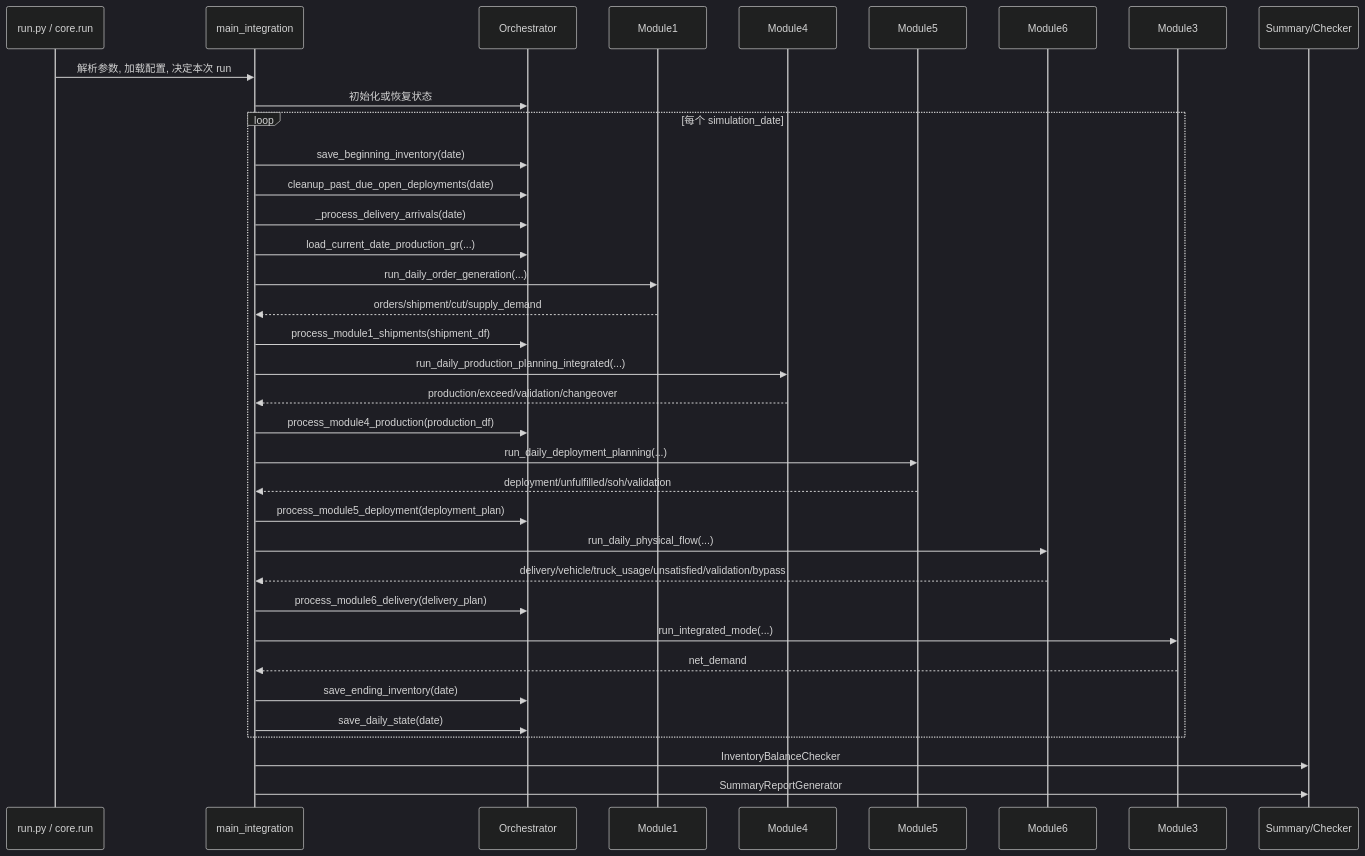
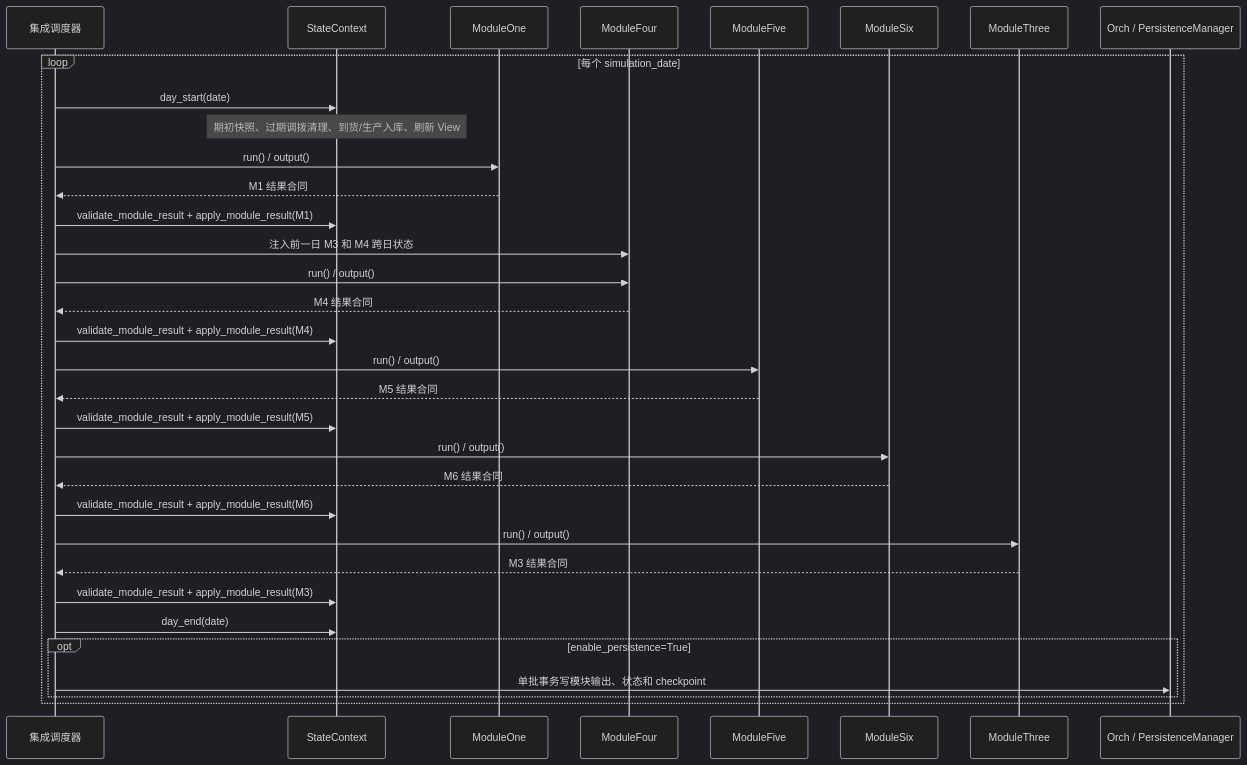
One commit to senzhang-ps/chainsight changed the second of 9 diagrams in docs/architecture/module_sequence_diagrams.md. Above: the diagram before and after it, drawn with Mermaid (dark theme). The commit also changed other lines of this file and 14 other files, not shown here.

````diff
--- a/docs/architecture/module_sequence_diagrams.md
+++ b/docs/architecture/module_sequence_diagrams.md
@@ -42,47 +73,42 @@
 ```mermaid
 sequenceDiagram
-    participant CLI as run.py / core.run
-    participant MAIN as main_integration
-    participant ORC as Orchestrator
-    participant M1 as Module1
-    participant M4 as Module4
-    participant M5 as Module5
-    participant M6 as Module6
-    participant M3 as Module3
-    participant SUM as Summary/Checker
-
-    CLI->>MAIN: 解析参数, 加载配置, 决定本次 run
-    MAIN->>ORC: 初始化或恢复状态
+    participant I as 集成调度器
+    participant S as StateContext
+    participant M1 as ModuleOne
+    participant M4 as ModuleFour
+    participant M5 as ModuleFive
+    participant M6 as ModuleSix
+    participant M3 as ModuleThree
+    participant O as Orch / PersistenceManager
 
     loop 每个 simulation_date
-        MAIN->>ORC: save_beginning_inventory(date)
-        MAIN->>ORC: cleanup_past_due_open_deployments(date)
-        MAIN->>ORC: _process_delivery_arrivals(date)
-        MAIN->>ORC: load_current_date_production_gr(...)
+        I->>S: day_start(date)
+        Note over S: 期初快照、过期调拨清理、到货/生产入库、刷新 View
 
-        MAIN->>M1: run_daily_order_generation(...)
-        M1-->>MAIN: orders/shipment/cut/supply_demand
-        MAIN->>ORC: process_module1_shipments(shipment_df)
+        I->>M1: run() / output()
+        M1-->>I: M1 结果合同
+        I->>S: validate_module_result + apply_module_result(M1)
 
-        MAIN->>M4: run_daily_production_planning_integrated(...)
-        M4-->>MAIN: production/exceed/validation/changeover
-        MAIN->>ORC: process_module4_production(production_df)
+        I->>M4: 注入前一日 M3 和 M4 跨日状态
+        I->>M4: run() / output()
+        M4-->>I: M4 结果合同
+        I->>S: validate_module_result + apply_module_result(M4)
 
-        MAIN->>M5: run_daily_deployment_planning(...)
-        M5-->>MAIN: deployment/unfulfilled/soh/validation
-        MAIN->>ORC: process_module5_deployment(deployment_plan)
+        I->>M5: run() / output()
+        M5-->>I: M5 结果合同
+        I->>S: validate_module_result + apply_module_result(M5)
 
-        MAIN->>M6: run_daily_physical_flow(...)
-        M6-->>MAIN: delivery/vehicle/truck_usage/unsatisfied/validation/bypass
-        MAIN->>ORC: process_module6_delivery(delivery_plan)
+        I->>M6: run() / output()
+        M6-->>I: M6 结果合同
+        I->>S: validate_module_result + apply_module_result(M6)
 
-        MAIN->>M3: run_integrated_mode(...)
-        M3-->>MAIN: net_demand
+        I->>M3: run() / output()
+        M3-->>I: M3 结果合同
+        I->>S: validate_module_result + apply_module_result(M3)
+        I->>S: day_end(date)
 
-        MAIN->>ORC: save_ending_inventory(date)
-        MAIN->>ORC: save_daily_state(date)
+        opt enable_persistence=True
+            I->>O: 单批事务写模块输出、状态和 checkpoint
+        end
     end
-
-    MAIN->>SUM: InventoryBalanceChecker
-    MAIN->>SUM: SummaryReportGenerator
 ```
````
